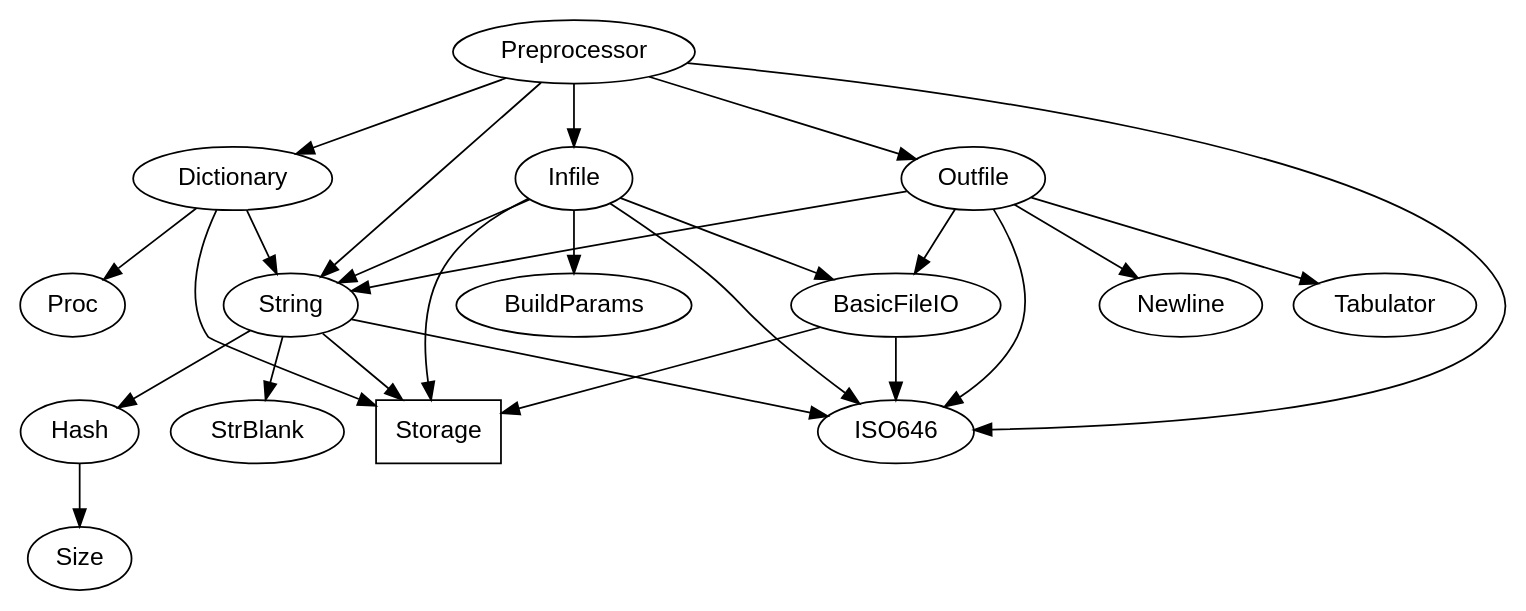
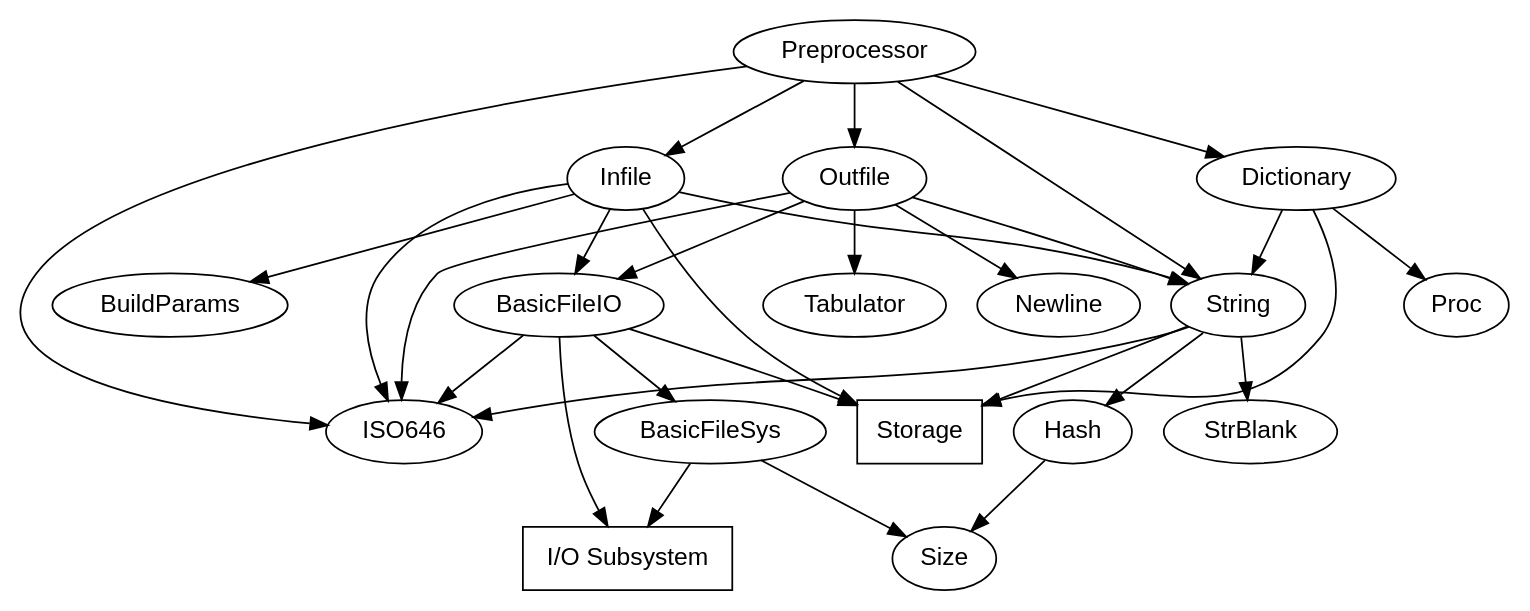
The diagram in Preprocessor.dep.dot (m2sf/M2PP-Module-Dependency-Graphs), drawn with Graphviz before and after one commit. The commit also changed 8 other files, not shown here.

```diff
--- a/Preprocessor.dep.dot
+++ b/Preprocessor.dep.dot
@@ -1,48 +1,54 @@
 digraph PreprocessorDep {
   node [fontname=helvetica];
   
   Preprocessor -> {
     Dictionary Infile ISO646 Outfile String
   };
   
   Dictionary -> {
     Proc Storage String
   };
   
   Proc; /* no dependencies */
   
   Storage [shape=box]; /* stdlib */
     
   String -> {
     Hash ISO646 Storage StrBlank
   };
   
   Hash -> {
     Size
   };
   
   Size; /* no dependencies */
   
   ISO646; /* no dependencies */
   
   StrBlank; /* no dependencies */  
   
   Infile -> {
     BasicFileIO BuildParams ISO646 Storage String
   };
   
   BasicFileIO -> {
-    ISO646 Storage
+    BasicFileSys IOSubsystem ISO646 Storage
+  };
+  
+  BasicFileSys -> {
+    Size IOSubsystem
   };
     
+  IOSubsystem [label="I/O Subsystem";shape=box];
+      
   BuildParams; /* no dependencies */
   
   Outfile -> {
     BasicFileIO ISO646 Newline String Tabulator
   };
     
   Newline; /* no dependencies */  
     
   Tabulator; /* no dependencies */  
   
 } /* PreprocessorDep */
```
